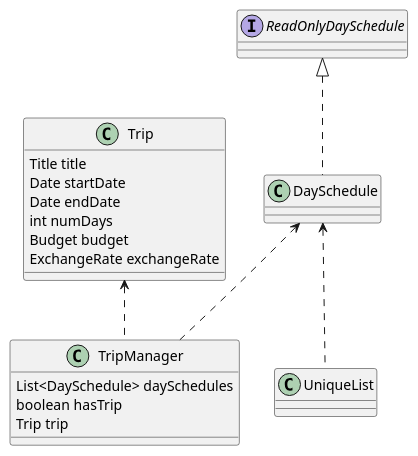
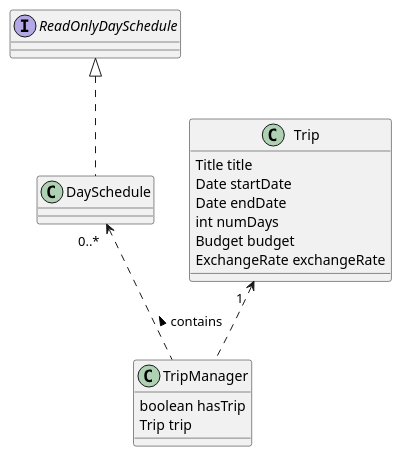
The diagram in docs/diagrams/trip/TripClassDiagram.puml (zenatrick/main), drawn with PlantUML before and after one commit.

Commit message:
Improve TripClassDiagram

```diff
--- a/docs/diagrams/trip/TripClassDiagram.puml
+++ b/docs/diagrams/trip/TripClassDiagram.puml
@@ -1,29 +1,24 @@
 @startuml
+
 
 interface ReadOnlyDaySchedule
 
-Trip <.. TripManager
-DaySchedule <.. TripManager
-DaySchedule <.. UniqueList
+Trip "1  "<.. TripManager
+DaySchedule"0..*  " <.. TripManager : < contains
 ReadOnlyDaySchedule <|.. DaySchedule
 
 class TripManager {
-List<DaySchedule> daySchedules
 boolean hasTrip
 Trip trip
 }
 
 class Trip {
     Title title
     Date startDate
     Date endDate
     int numDays
     Budget budget
     ExchangeRate exchangeRate
 }
 
-
-class UniqueList {
-}
-
 @enduml
```
